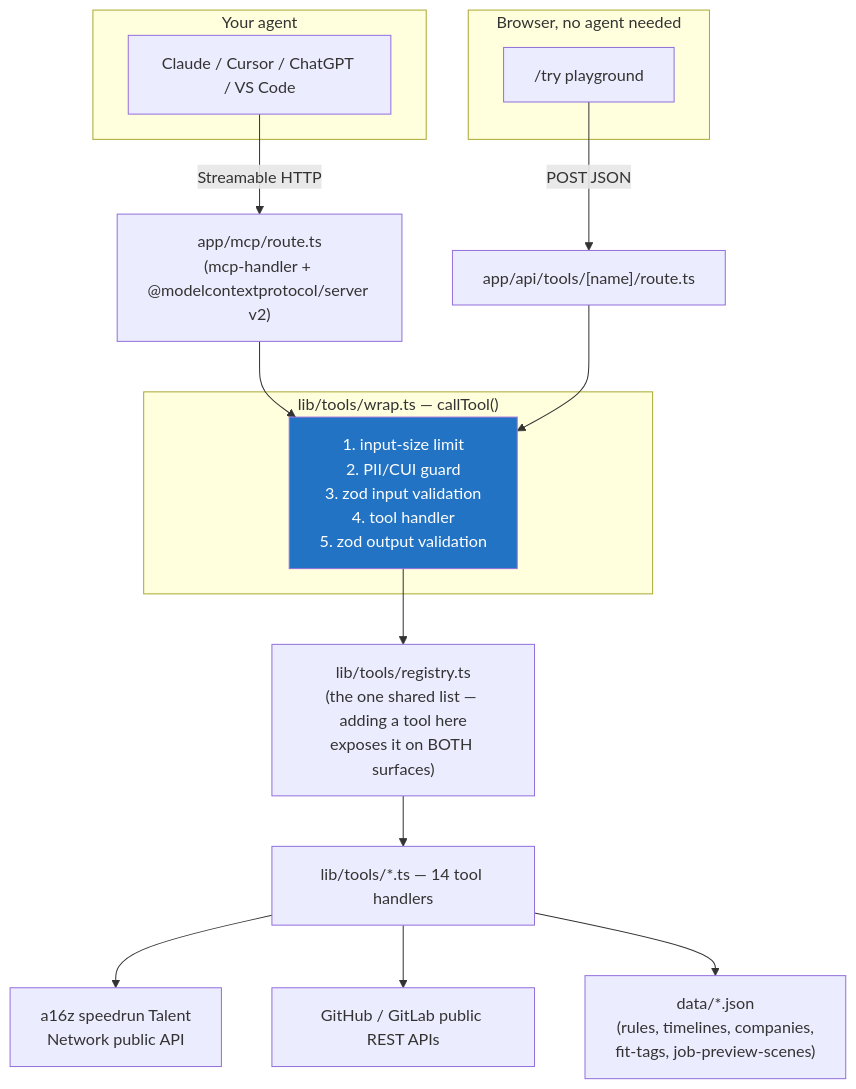
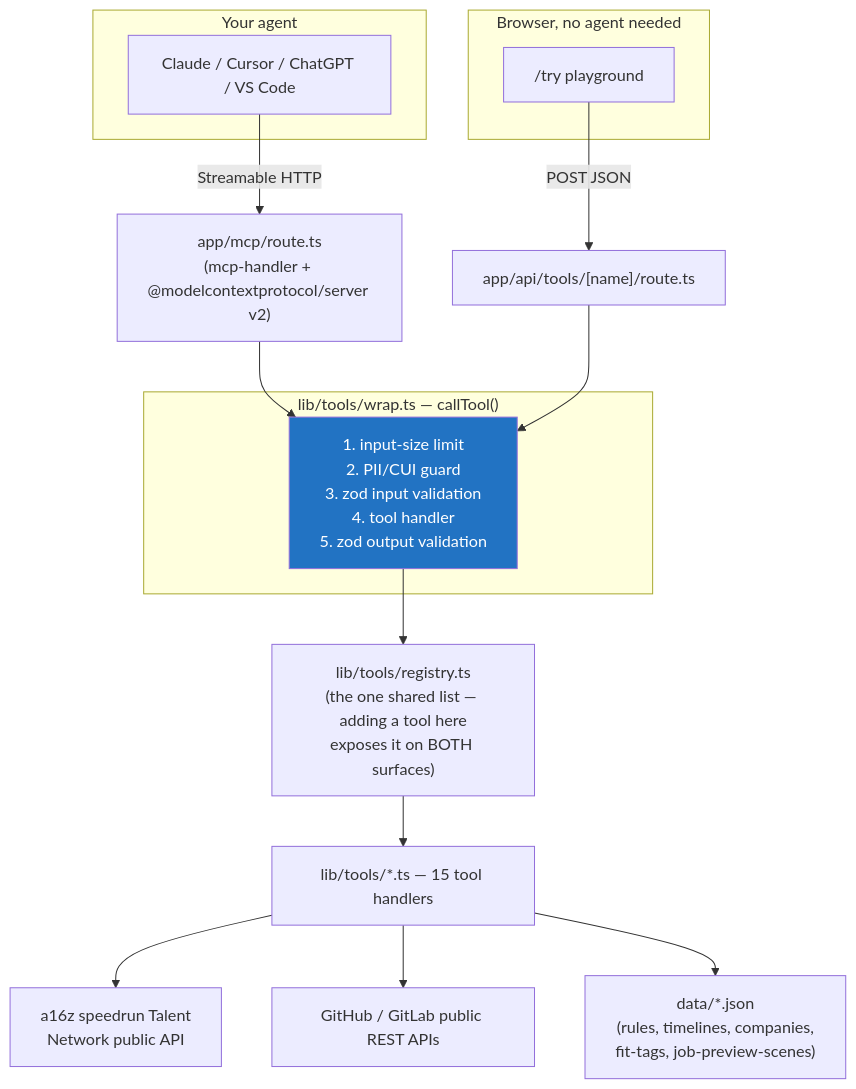
The diagram in README.md (JiwaniZakir/clearance-lens), drawn with Mermaid before and after one commit. The commit also changed other lines of this file and 10 other files, not shown here.

````diff
--- a/README.md
+++ b/README.md
@@ -69,28 +70,28 @@
 ```mermaid
 flowchart TB
     subgraph clients["Your agent"]
         A[Claude / Cursor / ChatGPT / VS Code]
     end
     subgraph browser["Browser, no agent needed"]
         B["/try playground"]
     end
 
     A -- "Streamable HTTP" --> MCP["app/mcp/route.ts<br/>(mcp-handler + @modelcontextprotocol/server v2)"]
     B -- "POST JSON" --> API["app/api/tools/[name]/route.ts"]
 
     MCP --> Wrap
     API --> Wrap
 
     subgraph core["lib/tools/wrap.ts — callTool()"]
         Wrap["1. input-size limit<br/>2. PII/CUI guard<br/>3. zod input validation<br/>4. tool handler<br/>5. zod output validation"]
     end
 
     Wrap --> Registry["lib/tools/registry.ts<br/>(the one shared list — adding a tool here\nexposes it on BOTH surfaces)"]
-    Registry --> Handlers["lib/tools/*.ts — 14 tool handlers"]
+    Registry --> Handlers["lib/tools/*.ts — 15 tool handlers"]
 
     Handlers --> Speedrun["a16z speedrun Talent\nNetwork public API"]
     Handlers --> GitHub["GitHub / GitLab public REST APIs"]
     Handlers --> Data["data/*.json\n(rules, timelines, companies,\nfit-tags, job-preview-scenes)"]
 
     style Wrap fill:#2273c3,color:#fff
 ```
````
